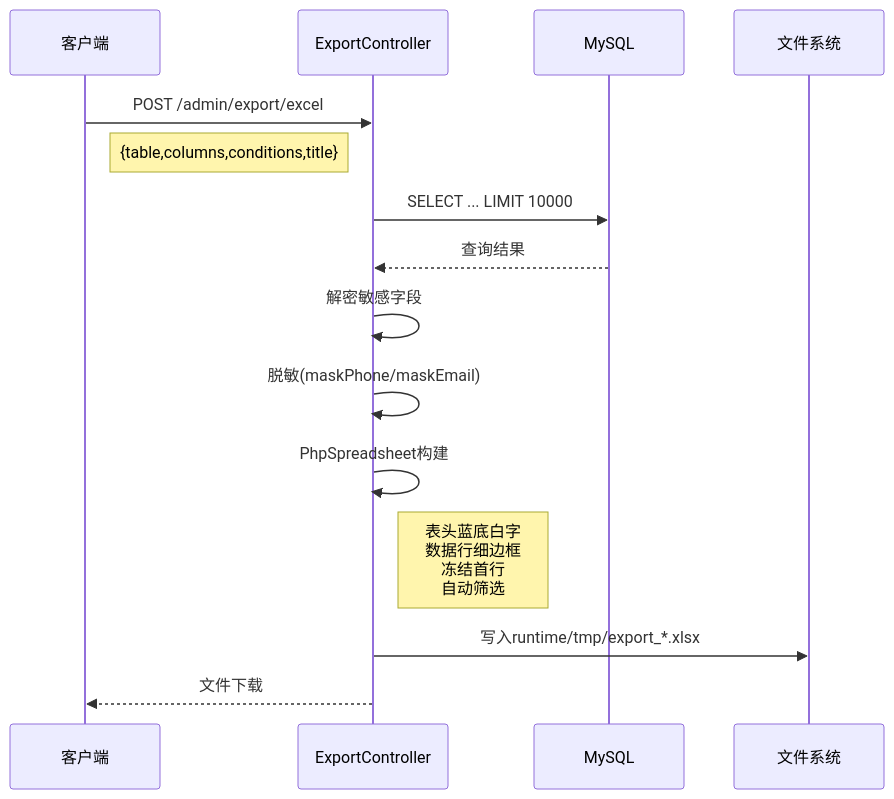
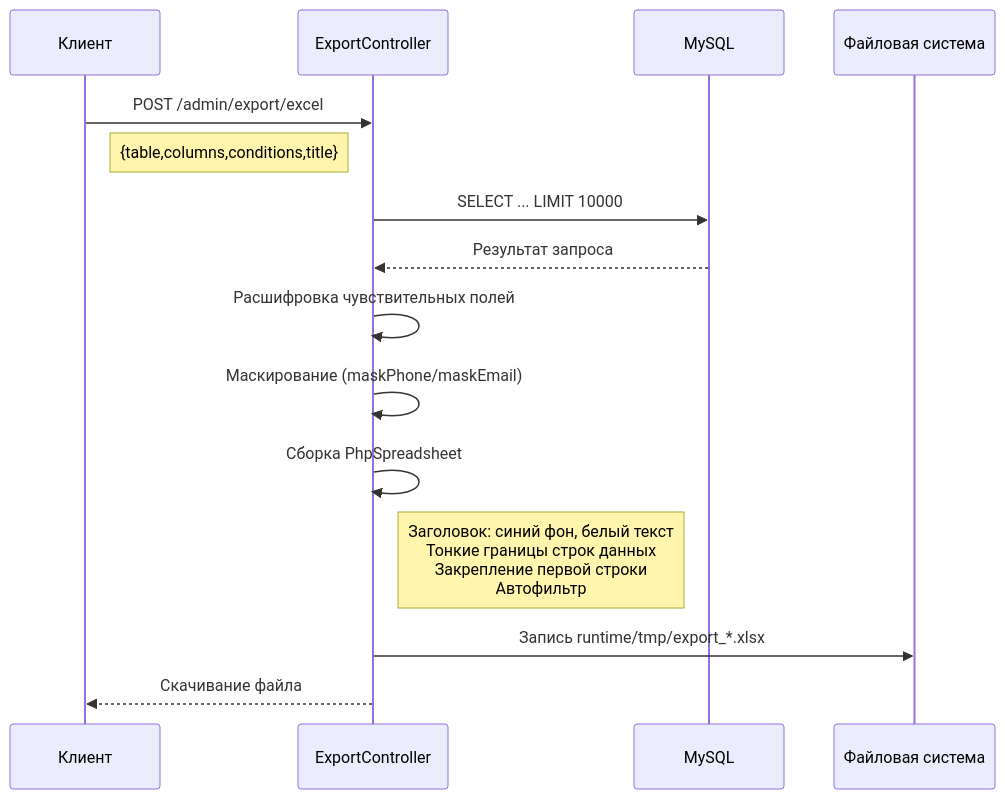
One commit to erikwang2013/game-platform-php changed the first of 2 diagrams in admin/docs/diagrams/09-export-flow.ru.md. Above: the diagram before and after it, drawn with Mermaid. The commit also changed other lines of this file and 211 other files, not shown here.

First line of the commit message:
fix: 支付配置读回类型根治、提现事件对账巡检，12 语族 mermaid 与 API 标签本地化

````diff
--- a/admin/docs/diagrams/09-export-flow.ru.md
+++ b/admin/docs/diagrams/09-export-flow.ru.md
@@ -9,18 +9,18 @@
 ```mermaid
 sequenceDiagram
-    participant C as 客户端
+    participant C as Клиент
     participant CTL as ExportController
     participant DB as MySQL
-    participant FS as 文件系统
+    participant FS as Файловая система
 
     C->>CTL: POST /admin/export/excel
     Note right of C: {table,columns,conditions,title}
     CTL->>DB: SELECT ... LIMIT 10000
-    DB-->>CTL: 查询结果
-    CTL->>CTL: 解密敏感字段
-    CTL->>CTL: 脱敏(maskPhone/maskEmail)
-    CTL->>CTL: PhpSpreadsheet构建
-    Note right of CTL: 表头蓝底白字<br/>数据行细边框<br/>冻结首行<br/>自动筛选
-    CTL->>FS: 写入runtime/tmp/export_*.xlsx
-    CTL-->>C: 文件下载
+    DB-->>CTL: Результат запроса
+    CTL->>CTL: Расшифровка чувствительных полей
+    CTL->>CTL: Маскирование (maskPhone/maskEmail)
+    CTL->>CTL: Сборка PhpSpreadsheet
+    Note right of CTL: Заголовок: синий фон, белый текст<br/>Тонкие границы строк данных<br/>Закрепление первой строки<br/>Автофильтр
+    CTL->>FS: Запись runtime/tmp/export_*.xlsx
+    CTL-->>C: Скачивание файла
 ```
````
